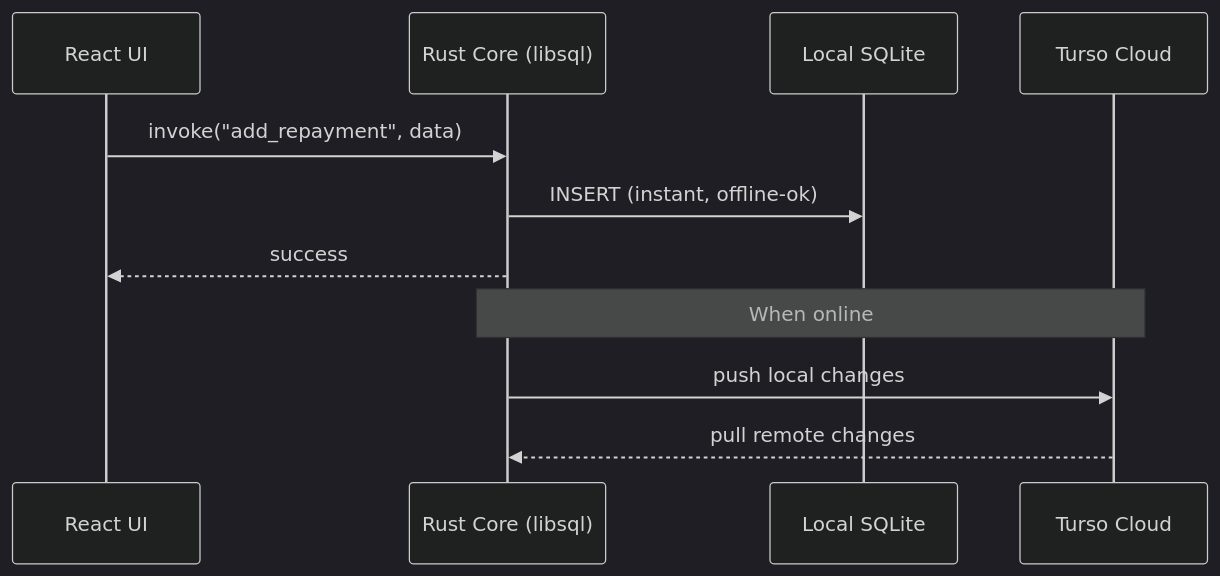
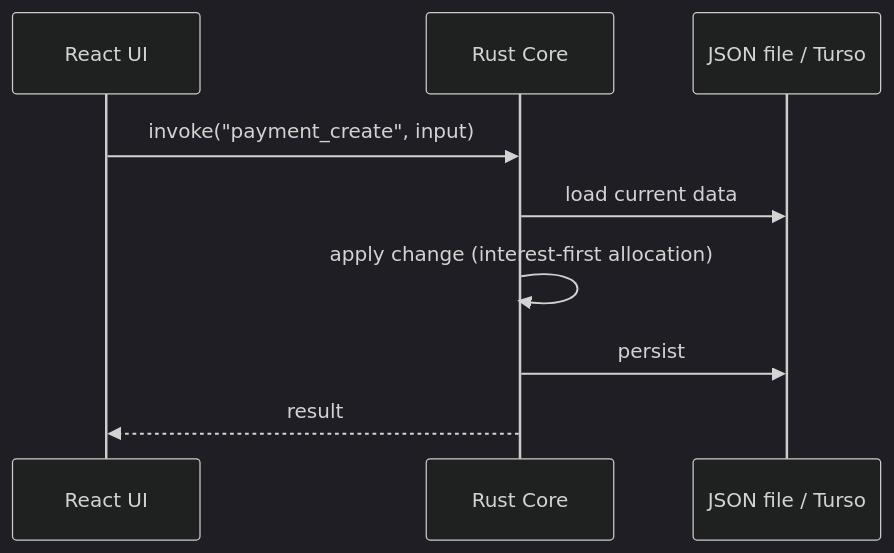
Before and after one commit to devravinder/project-trust-fund: the second of 4 diagrams in docs/architecture.md, drawn with Mermaid (dark theme). The commit also changed other lines of this file and 5 other files, not shown here.

````diff
--- a/docs/architecture.md
+++ b/docs/architecture.md
@@ -27,14 +44,12 @@
 ```mermaid
 sequenceDiagram
     participant UI as React UI
-    participant Core as Rust Core (libsql)
-    participant Local as Local SQLite
-    participant Turso as Turso Cloud
+    participant Core as Rust Core
+    participant Store as JSON file / Turso
 
-    UI->>Core: invoke("add_repayment", data)
-    Core->>Local: INSERT (instant, offline-ok)
-    Core-->>UI: success
-    Note over Core,Turso: When online
-    Core->>Turso: push local changes
-    Turso-->>Core: pull remote changes
+    UI->>Core: invoke("payment_create", input)
+    Core->>Store: load current data
+    Core->>Core: apply change (interest-first allocation)
+    Core->>Store: persist
+    Core-->>UI: result
 ```
````
